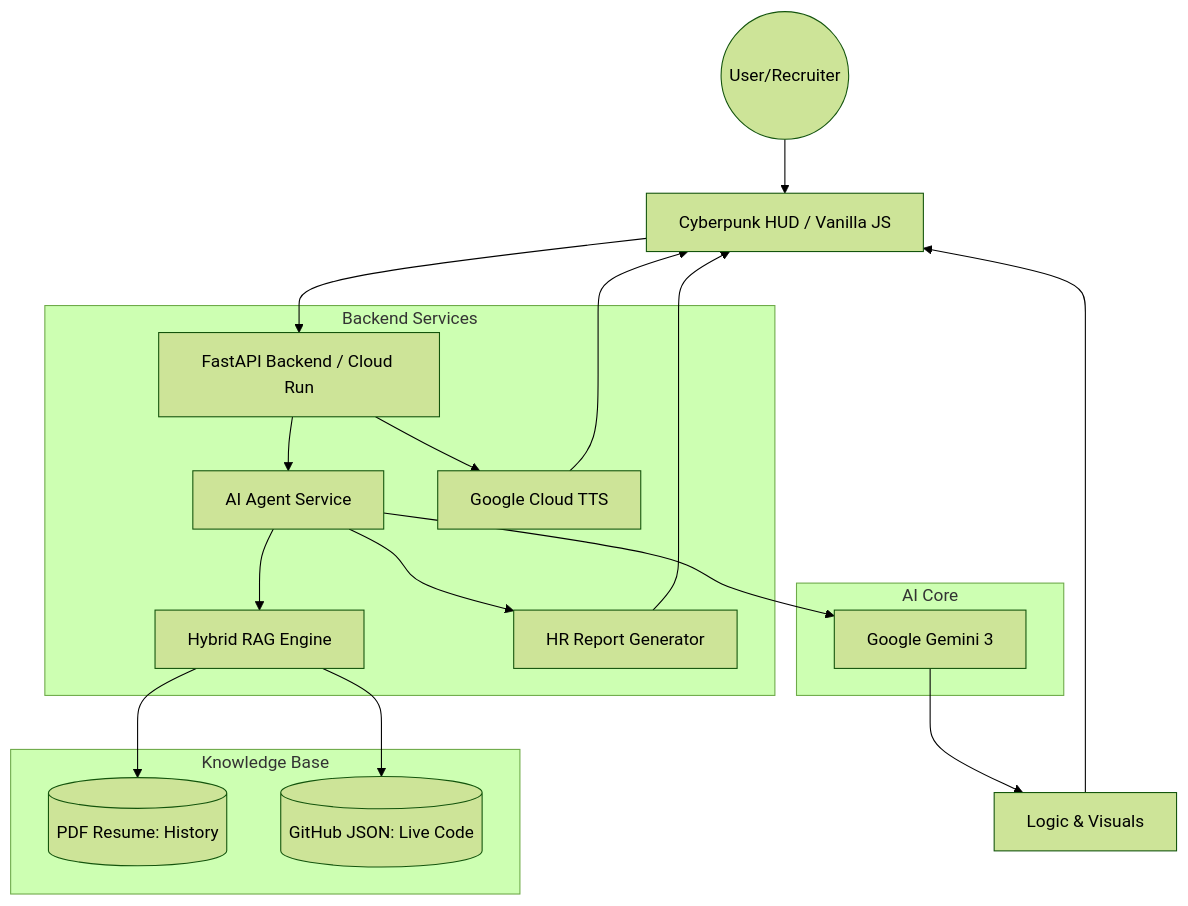
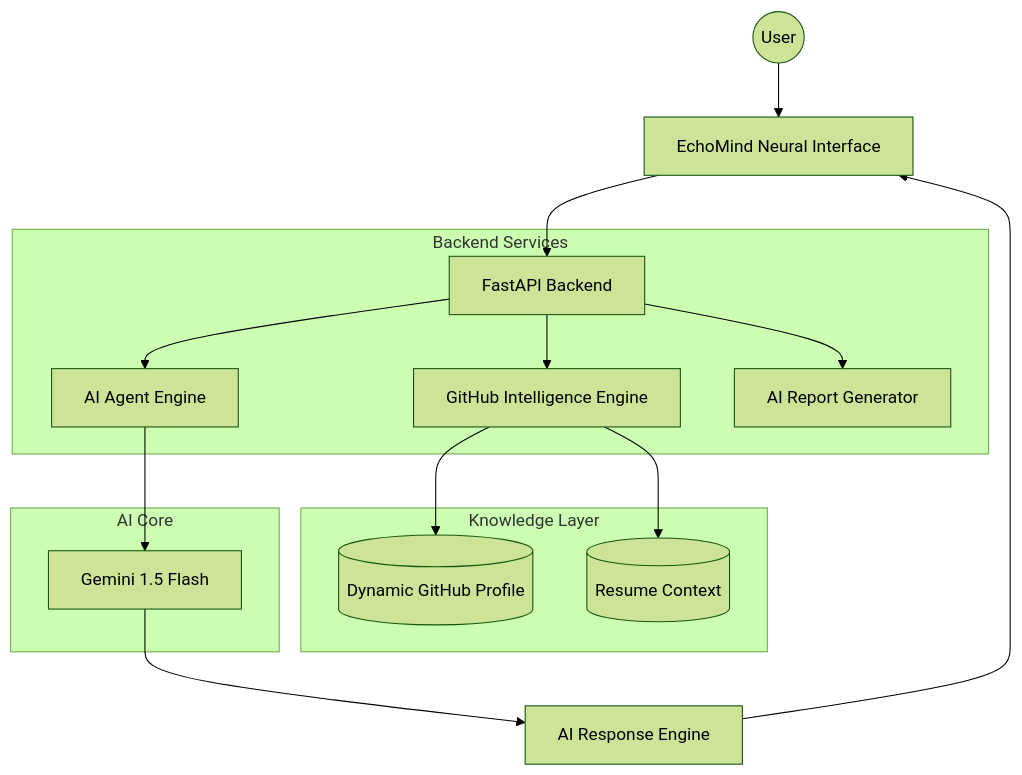
Before and after one commit to Maa8nya/EchoMind-digital-twin: the diagram in ARCHITECTURE.md, drawn with Mermaid (forest theme). The commit also changed other lines of this file and 1 other file, not shown here.

````diff
--- a/ARCHITECTURE.md
+++ b/ARCHITECTURE.md
@@ -9,26 +22,28 @@
 ```mermaid
 graph TD
-    User((User/Recruiter)) --> WebUI[Cyberpunk HUD / Vanilla JS]
-    WebUI --> FastAPI[FastAPI Backend / Cloud Run]
-    
-    subgraph "Backend Services"
-        FastAPI --> AIAgent[AI Agent Service]
-        FastAPI --> TTS[Google Cloud TTS]
-        AIAgent --> RAG[Hybrid RAG Engine]
-        AIAgent --> ReportGen[HR Report Generator]
-    end
 
-    subgraph "Knowledge Base"
-        RAG --> PDF[(PDF Resume: History)]
-        RAG --> JSON[(GitHub JSON: Live Code)]
-    end
+User((User))
 
-    subgraph "AI Core"
-        AIAgent --> Gemini[Google Gemini 3]
-    end
+User --> UI[EchoMind Neural Interface]
 
-    Gemini --> Logic[Logic & Visuals]
-    Logic --> WebUI
-    TTS --> WebUI
-    ReportGen --> WebUI
+UI --> FastAPI[FastAPI Backend]
+
+subgraph Backend Services
+FastAPI --> AIAgent[AI Agent Engine]
+FastAPI --> GitHubSync[GitHub Intelligence Engine]
+FastAPI --> ReportGen[AI Report Generator]
+end
+
+subgraph Knowledge Layer
+GitHubSync --> JSON[(Dynamic GitHub Profile)]
+GitHubSync --> Resume[(Resume Context)]
+end
+
+subgraph AI Core
+AIAgent --> Gemini[Gemini 1.5 Flash]
+end
+
+Gemini --> Response[AI Response Engine]
+
+Response --> UI
 ```
````
